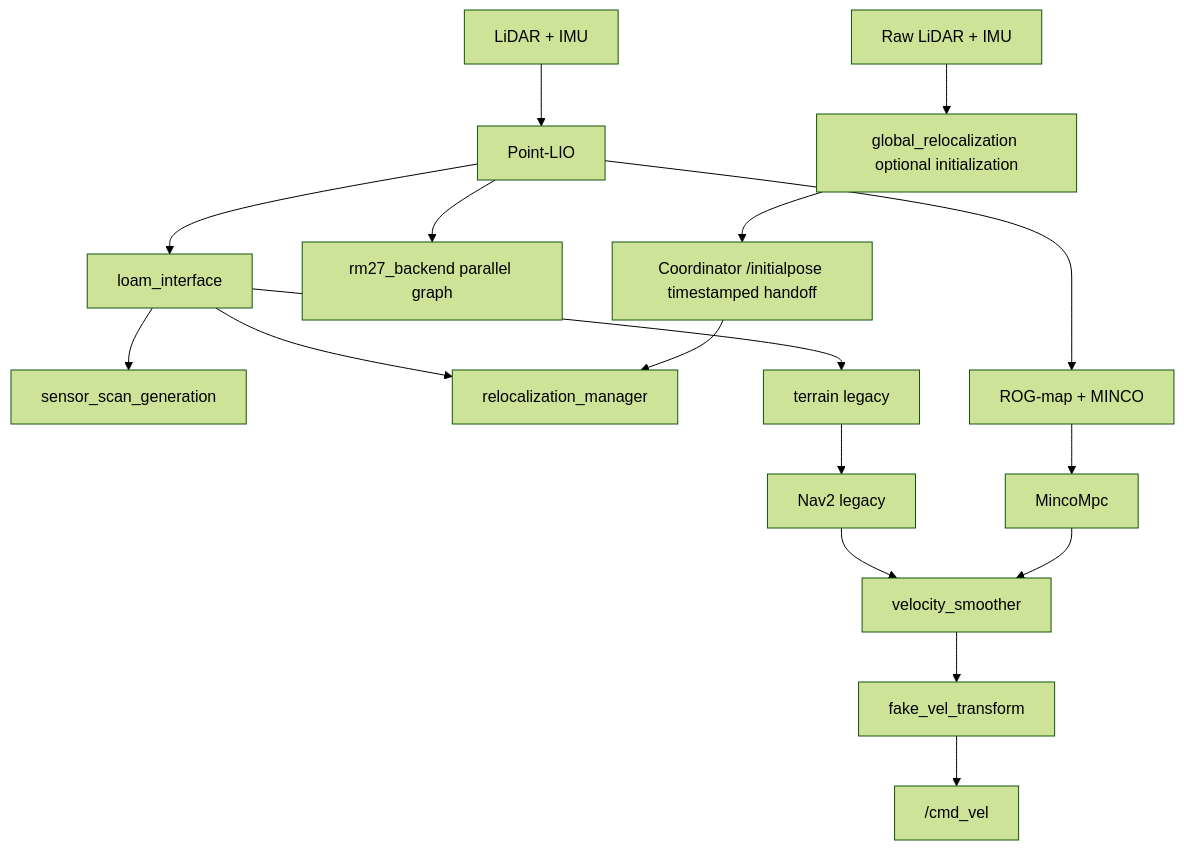
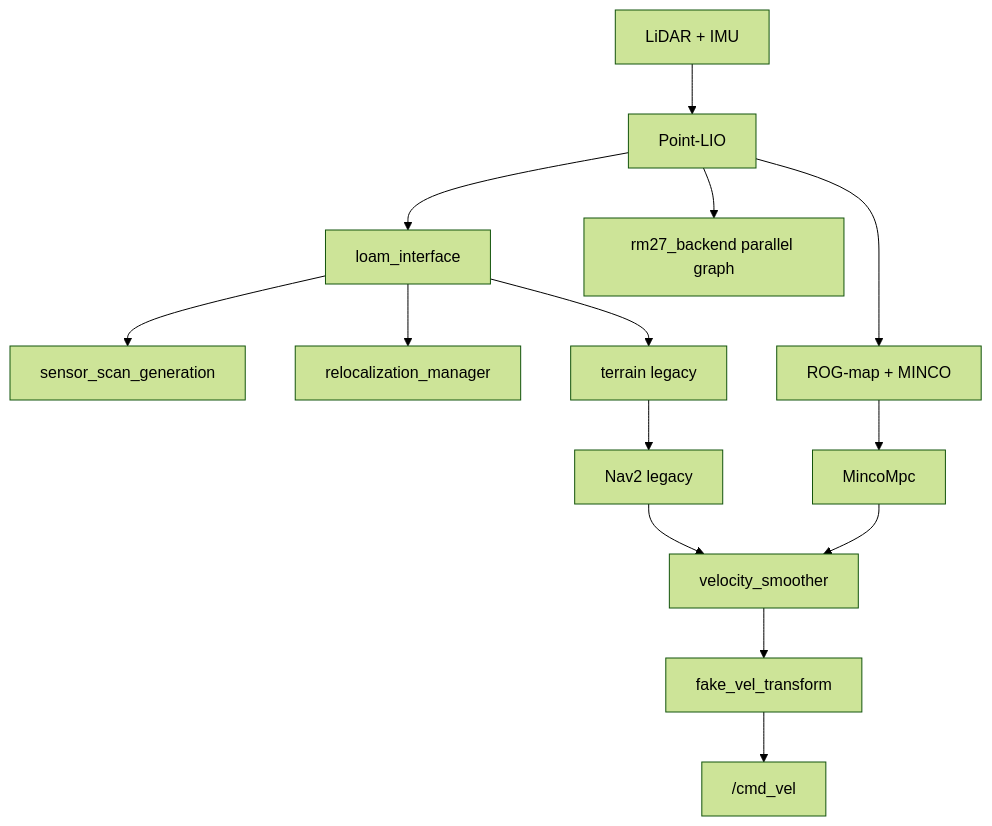
One commit to PnX-HKUSTGZ/sentry_navgation_RM27 changed the diagram in README_en.md. Above: the diagram before and after it, drawn with Mermaid (forest theme). The commit also changed other lines of this file and 14 other files, not shown here.

````diff
--- a/README_en.md
+++ b/README_en.md
@@ -43,19 +41,16 @@
 ```mermaid
 flowchart TD
   L[LiDAR + IMU] --> P[Point-LIO]
   P --> I[loam_interface]
   I --> S[sensor_scan_generation]
   I --> R[relocalization_manager]
   P --> B[rm27_backend parallel graph]
-  RAW[Raw LiDAR + IMU] --> G[global_relocalization optional initialization]
-  G --> H[Coordinator /initialpose timestamped handoff]
-  H --> R
   I --> T[terrain legacy]
   P --> M[ROG-map + MINCO]
   T --> N[Nav2 legacy]
   M --> C[MincoMpc]
   N --> V[velocity_smoother]
   C --> V
   V --> F[fake_vel_transform]
   F --> CMD["/cmd_vel"]
 ```
````
